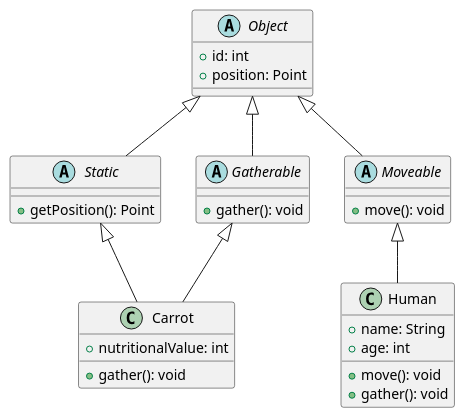
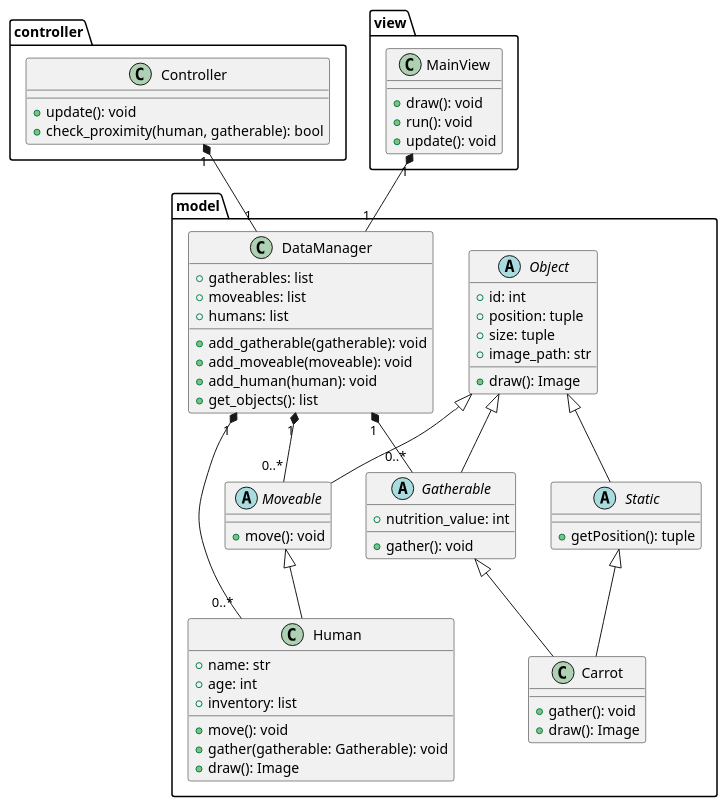
The diagram in class.puml (irdof321/simulation), drawn with PlantUML before and after one commit. The commit also changed 25 other files, not shown here.

```diff
--- a/class.puml
+++ b/class.puml
@@ -1,38 +1,77 @@
 @startuml
-abstract class Object {
-    +id: int
-    +position: Point
+package model {
+    abstract class Object {
+        +id: int
+        +position: tuple
+        +size: tuple
+        +image_path: str
+        +draw(): Image
+    }
+
+    abstract class Static {
+        +getPosition(): tuple
+    }
+
+    abstract class Gatherable {
+        +nutrition_value: int
+        +gather(): void
+    }
+
+    abstract class Moveable {
+        +move(): void
+    }
+
+    class Human {
+        +name: str
+        +age: int
+        +inventory: list
+        +move(): void
+        +gather(gatherable: Gatherable): void
+        +draw(): Image
+    }
+
+    class Carrot {
+        +gather(): void
+        +draw(): Image
+    }
+
+    class DataManager {
+        +gatherables: list
+        +moveables: list
+        +humans: list
+        +add_gatherable(gatherable): void
+        +add_moveable(moveable): void
+        +add_human(human): void
+        +get_objects(): list
+    }
 }
 
-abstract class Static {
-    +getPosition(): Point
+package controller {
+    class Controller {
+        +update(): void
+        +check_proximity(human, gatherable): bool
+    }
 }
 
-abstract class Gatherable {
-    +gather(): void
-}
-
-abstract class Moveable {
-    +move(): void
-}
-
-class Human {
-    +name: String
-    +age: int
-    +move(): void
-    +gather(): void
-}
-
-class Carrot {
-    +nutritionalValue: int
-    +gather(): void
+package view {
+    class MainView {
+        +draw(): void
+        +run(): void
+        +update(): void
+    }
 }
 
 Object <|-- Static
 Object <|-- Gatherable
 Object <|-- Moveable
 Moveable <|-- Human
 Static <|-- Carrot
 Gatherable <|-- Carrot
 
+DataManager "1" *-- "0..*" Gatherable
+DataManager "1" *-- "0..*" Moveable
+DataManager "1" *-- "0..*" Human
+Controller "1" *-- "1" DataManager
+MainView "1" *-- "1" DataManager
+
 @enduml
```
